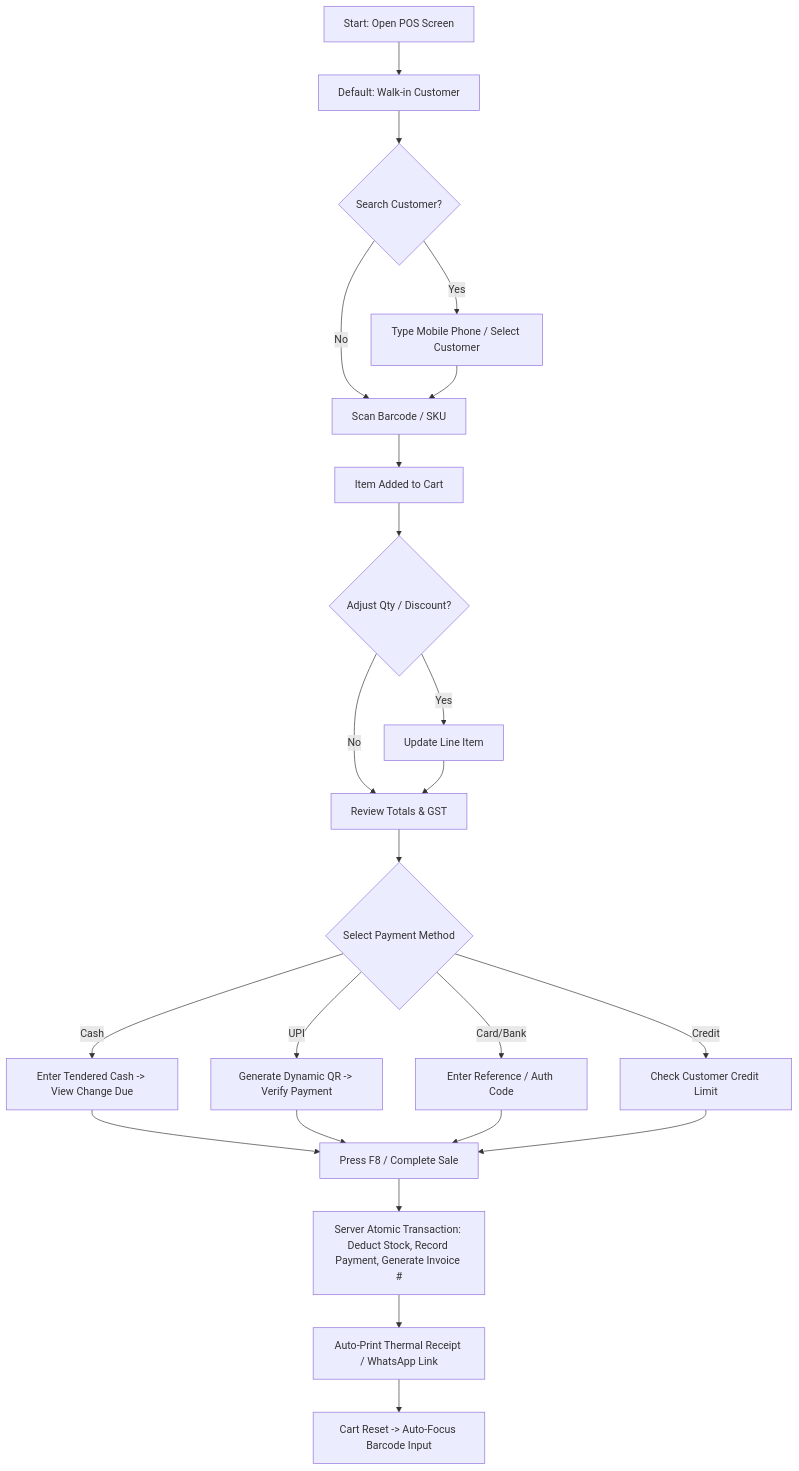
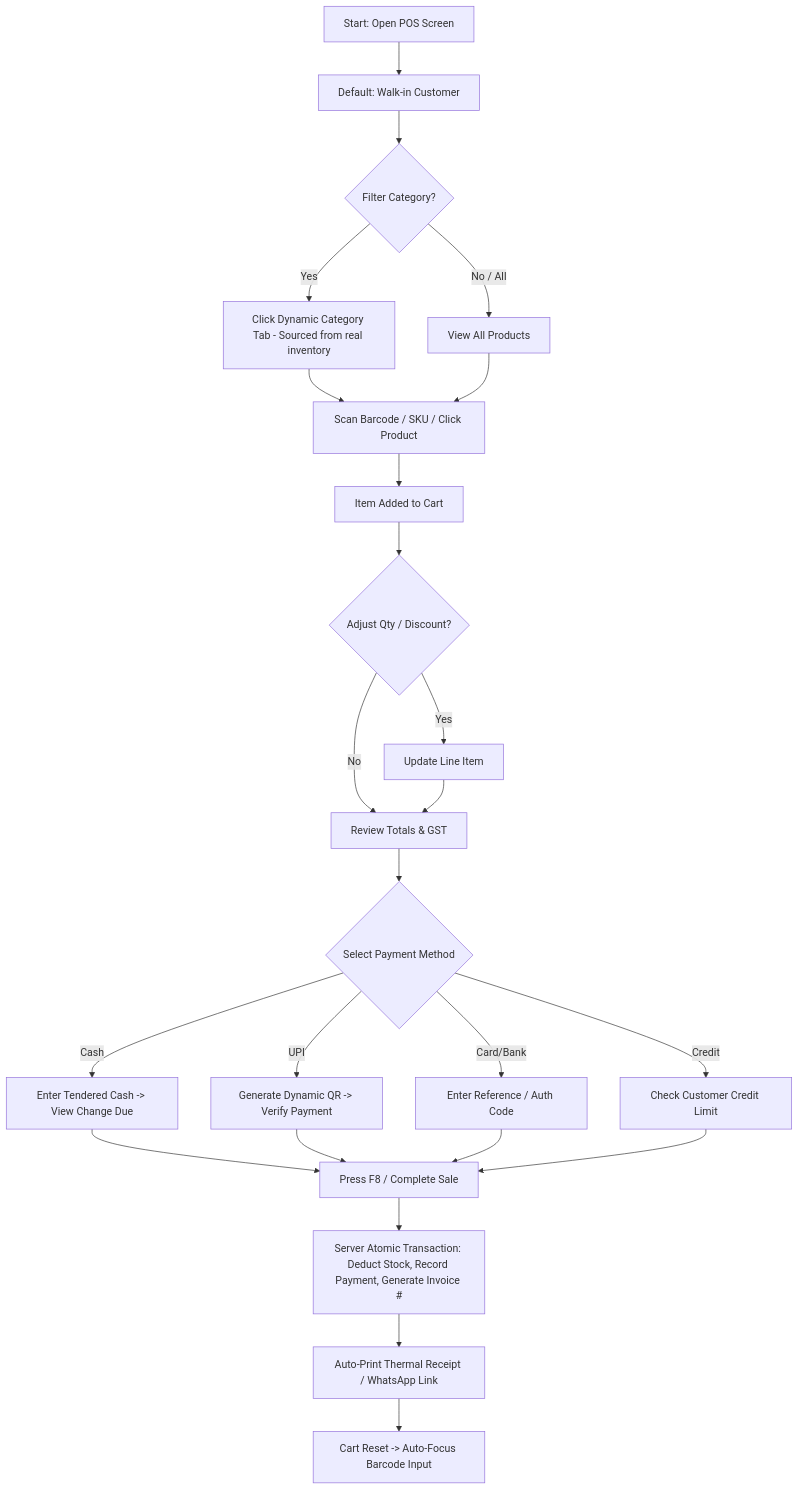
Before and after one commit to priyanshrathod0603/Inventory-Management-System: the second of 5 diagrams in docs/requirements/user-flows.md, drawn with Mermaid. The commit also changed other lines of this file and 37 other files, not shown here.

````diff
--- a/docs/requirements/user-flows.md
+++ b/docs/requirements/user-flows.md
@@ -7,25 +24,26 @@
 ```mermaid
 flowchart TD
     A[Start: Open POS Screen] --> B[Default: Walk-in Customer]
-    B --> C{Search Customer?}
-    C -- Yes --> D[Type Mobile Phone / Select Customer]
-    C -- No --> E[Scan Barcode / SKU]
-    D --> E
+    B --> C{Filter Category?}
+    C -- Yes --> D1[Click Dynamic Category Tab - Sourced from real inventory]
+    C -- No / All --> D2[View All Products]
+    D1 --> E[Scan Barcode / SKU / Click Product]
+    D2 --> E
     E --> F[Item Added to Cart]
     F --> G{Adjust Qty / Discount?}
     G -- Yes --> H[Update Line Item]
     G -- No --> I[Review Totals & GST]
     H --> I
     I --> J{Select Payment Method}
     J -- Cash --> K1[Enter Tendered Cash -> View Change Due]
     J -- UPI --> K2[Generate Dynamic QR -> Verify Payment]
     J -- Card/Bank --> K3[Enter Reference / Auth Code]
     J -- Credit --> K4[Check Customer Credit Limit]
     K1 --> L[Press F8 / Complete Sale]
     K2 --> L
     K3 --> L
     K4 --> L
     L --> M[Server Atomic Transaction: Deduct Stock, Record Payment, Generate Invoice #]
     M --> N[Auto-Print Thermal Receipt / WhatsApp Link]
     N --> O[Cart Reset -> Auto-Focus Barcode Input]
 ```
````
